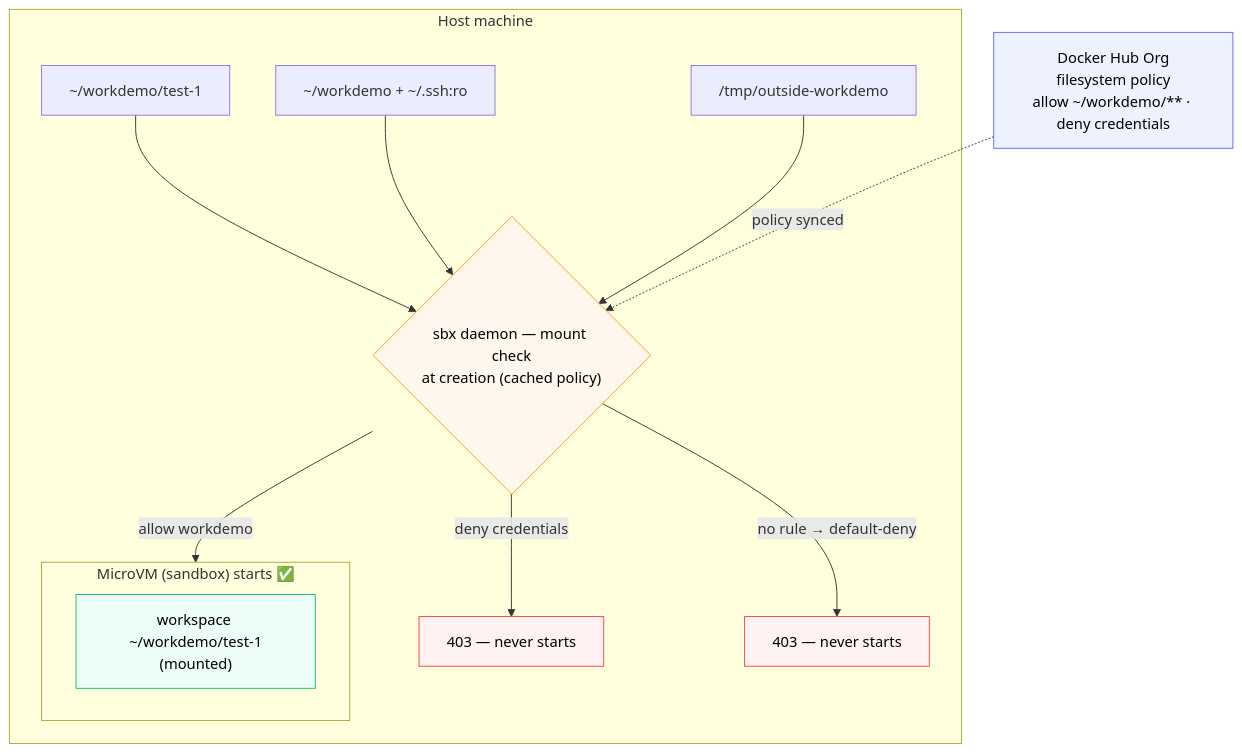
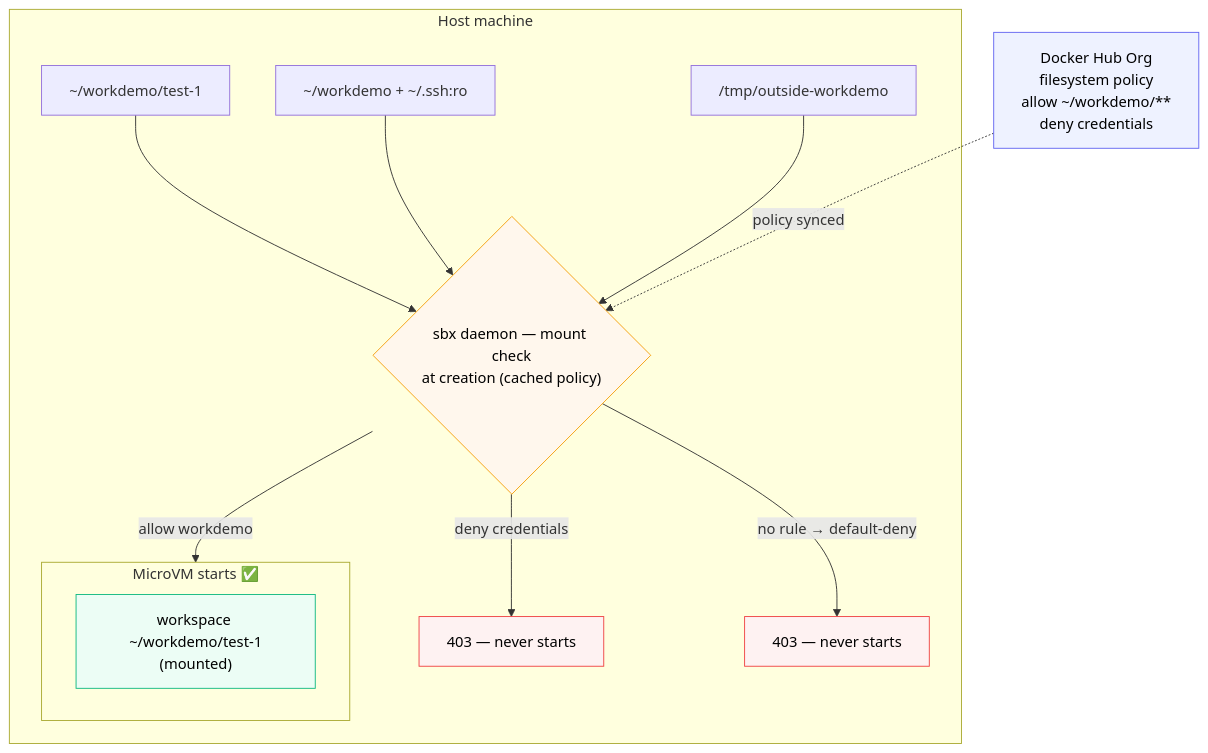
Before and after one commit to ajeetraina/labspace-docker-ai-governance: the diagram in labspace/04-filesystem-demo.md, drawn with Mermaid. The commit also changed 14 other files, not shown here.

First line of the commit message:
Fix diagram text overflow: wrap long labels, shorten wide subgraph titles

````diff
--- a/labspace/04-filesystem-demo.md
+++ b/labspace/04-filesystem-demo.md
@@ -3,26 +3,26 @@
 ```mermaid
 flowchart TB
-    HUB["Docker Hub Org<br/>filesystem policy<br/>allow ~/workdemo/** · deny credentials"]
+    HUB["Docker Hub Org<br/>filesystem policy<br/>allow ~/workdemo/**<br/>deny credentials"]
     subgraph HOST["Host machine"]
         T1["~/workdemo/test-1"] --> CHK
         T2["~/workdemo + ~/.ssh:ro"] --> CHK
         T3["/tmp/outside-workdemo"] --> CHK
         CHK{"sbx daemon — mount check<br/>at creation (cached policy)"}
         CHK -->|"allow workdemo"| VM
         CHK -->|"deny credentials"| X1["403 — never starts"]
         CHK -->|"no rule → default-deny"| X2["403 — never starts"]
-        subgraph VM["MicroVM (sandbox) starts ✅"]
+        subgraph VM["MicroVM starts ✅"]
             WS["workspace ~/workdemo/test-1<br/>(mounted)"]
         end
     end
     HUB -. "policy synced" .-> CHK
 
     classDef hub fill:#eef2ff,stroke:#6366f1,color:#000
     classDef pol fill:#fff7ed,stroke:#f59e0b,color:#000
     classDef ok fill:#ecfdf5,stroke:#10b981,color:#000
     classDef deny fill:#fef2f2,stroke:#ef4444,color:#000
     class HUB hub
     class CHK pol
     class WS ok
     class X1,X2 deny
 ```
````
